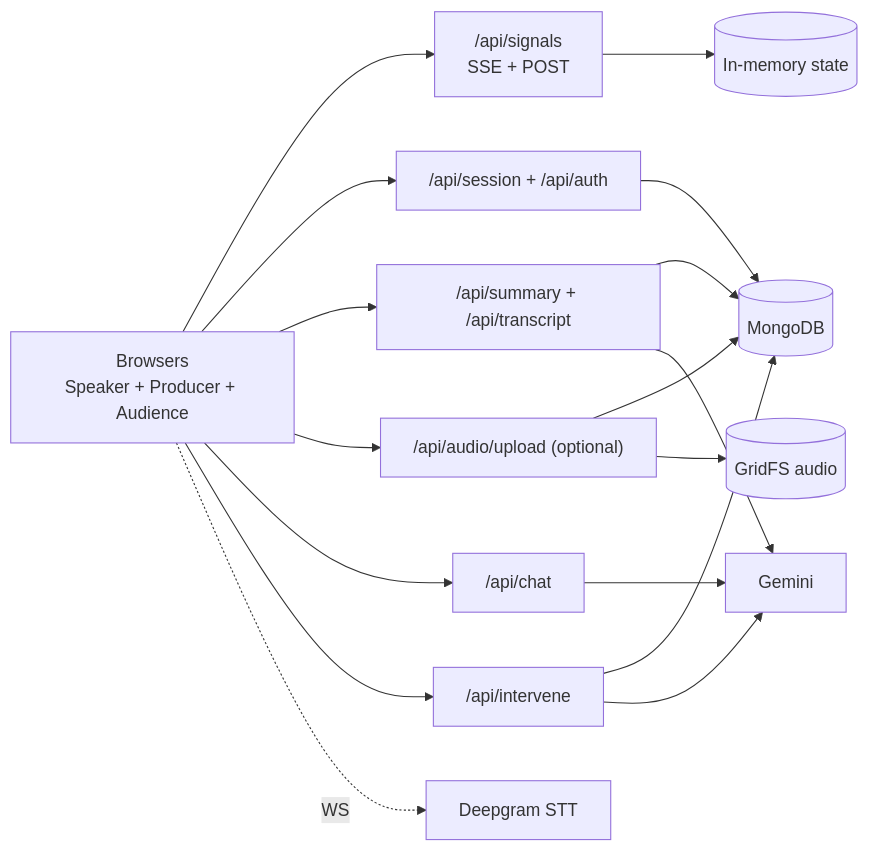
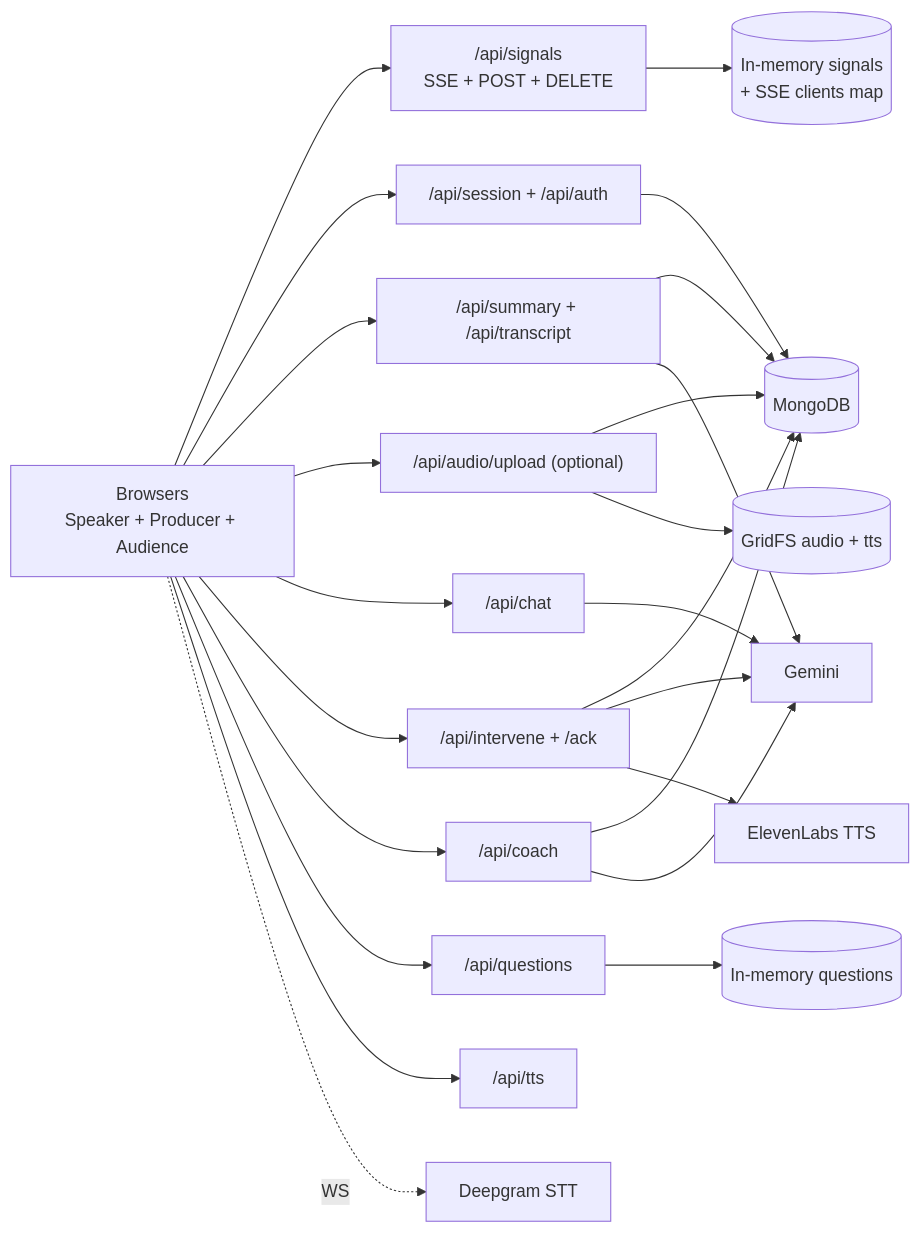
One commit to arvinder004/PULSE_HACKBYTE4.0 changed the third of 9 diagrams in PULSE_ARCHITECTUREPLAN.md. Above: the diagram before and after it, drawn with Mermaid. The commit also changed other lines of this file and 1 other file, not shown here.

````diff
--- a/PULSE_ARCHITECTUREPLAN.md
+++ b/PULSE_ARCHITECTUREPLAN.md
@@ -171,22 +211,29 @@
 ```mermaid
 flowchart LR
-  Client["Browsers<br/>Speaker + Producer + Audience"] --> Signals["/api/signals<br/>SSE + POST"]
+  Client["Browsers\nSpeaker + Producer + Audience"] --> Signals["/api/signals\nSSE + POST + DELETE"]
   Client --> Session["/api/session + /api/auth"]
   Client --> Summary["/api/summary + /api/transcript"]
   Client --> Audio["/api/audio/upload (optional)"]
   Client --> Chat["/api/chat"]
-  Client --> Intervene["/api/intervene"]
+  Client --> Intervene["/api/intervene + /ack"]
+  Client --> Coach["/api/coach"]
+  Client --> Questions["/api/questions"]
+  Client --> TTS["/api/tts"]
   Client -. "WS" .-> Deepgram[Deepgram STT]
 
-  Signals --> Mem[(In-memory state)]
+  Signals --> Mem[(In-memory signals\n+ SSE clients map)]
+  Questions --> QMem[(In-memory questions)]
 
   Session --> Mongo[(MongoDB)]
   Intervene --> Mongo
   Summary --> Mongo
+  Coach --> Mongo
   Audio --> Mongo
 
-  Audio --> GridFS[(GridFS audio)]
+  Audio --> GridFS[(GridFS audio + tts)]
   Summary --> Gemini
   Chat --> Gemini
   Intervene --> Gemini
+  Coach --> Gemini
+  Intervene --> ElevenLabs[ElevenLabs TTS]
 ```
````
